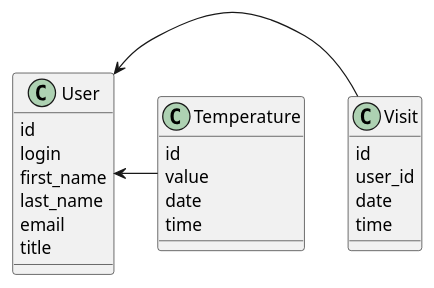
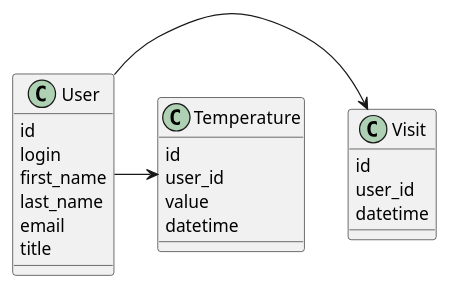
Before and after one commit to MinakovMax/MAIArhitecturaIS: the second of 2 diagrams in components.md, drawn with PlantUML.

Commit message:
Исправил замечания

````diff
--- a/components.md
+++ b/components.md
@@ -77,31 +77,30 @@
 ```puml
 @startuml
 
 class Visit{
   id
   user_id
-  date
-  time
+  datetime
 }
 
 class User {
   id
   login
   first_name
   last_name
   email
   title
 }
 
 class Temperature {
   id
-  value
-  date
-  time
+  user_id
+  value  
+  datetime
 }
 
-User <- Visit
-User <- Temperature
+User -> Visit
+User -> Temperature
 
 @enduml
 ```
````
